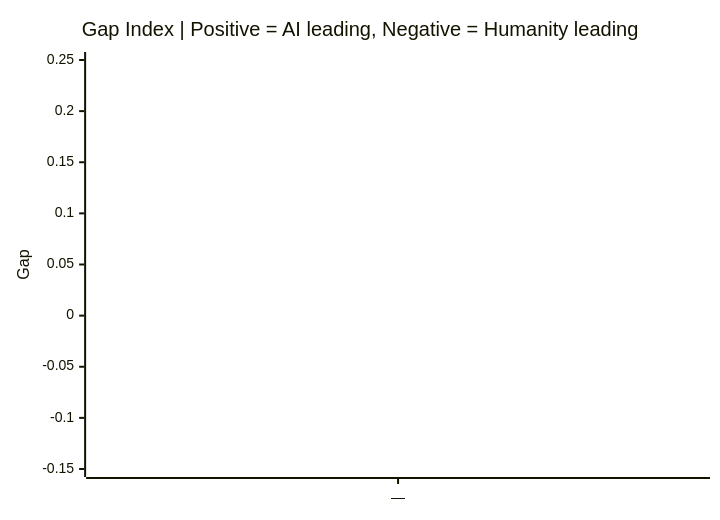
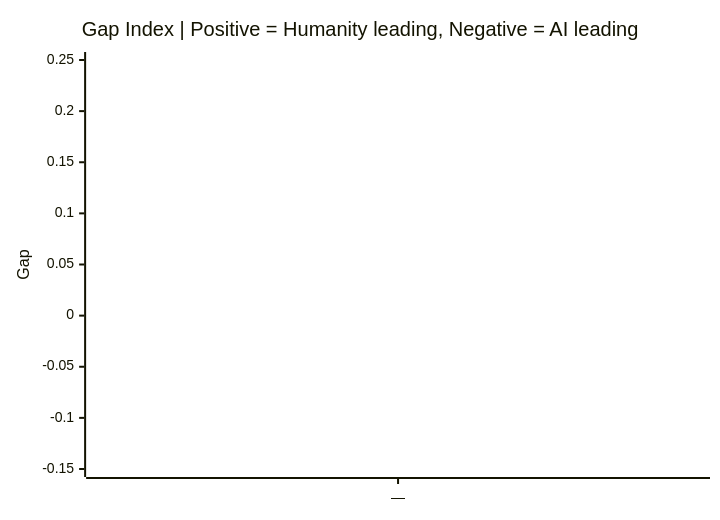
Before and after one commit to VQQLK/Human-AI-Monitor: the second of 2 diagrams in README.md, drawn with Mermaid. The commit also changed other lines of this file and 4 other files, not shown here.

First line of the commit message:
feat(gap): switch to Human-positive sign convention

````diff
--- a/README.md
+++ b/README.md
@@ -43,7 +43,7 @@
 ```mermaid
 xychart-beta
-    title "Gap Index | Positive = AI leading, Negative = Humanity leading"
+    title "Gap Index | Positive = Humanity leading, Negative = AI leading"
     x-axis ["—"]
     y-axis "Gap" -0.15 --> 0.25
     line [0]
 ```
````
